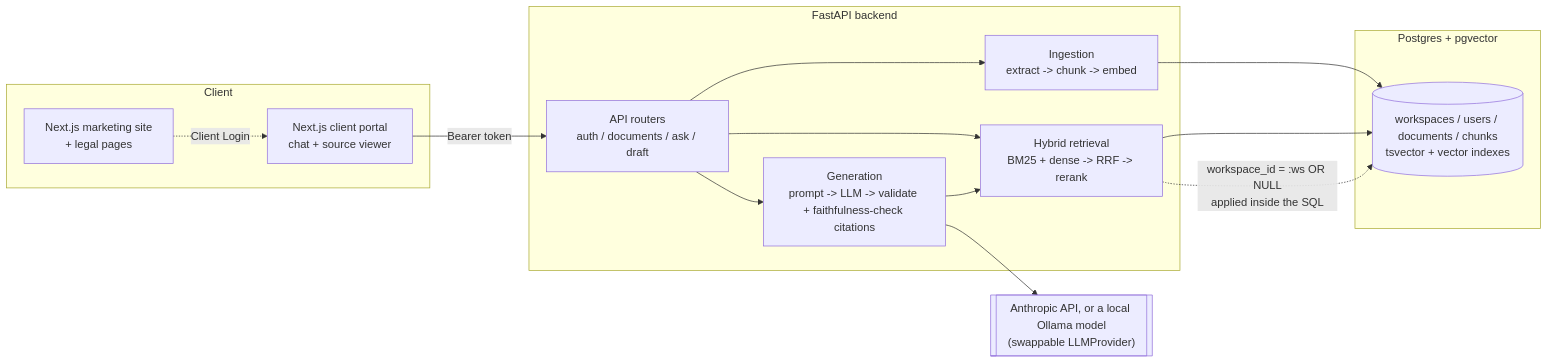
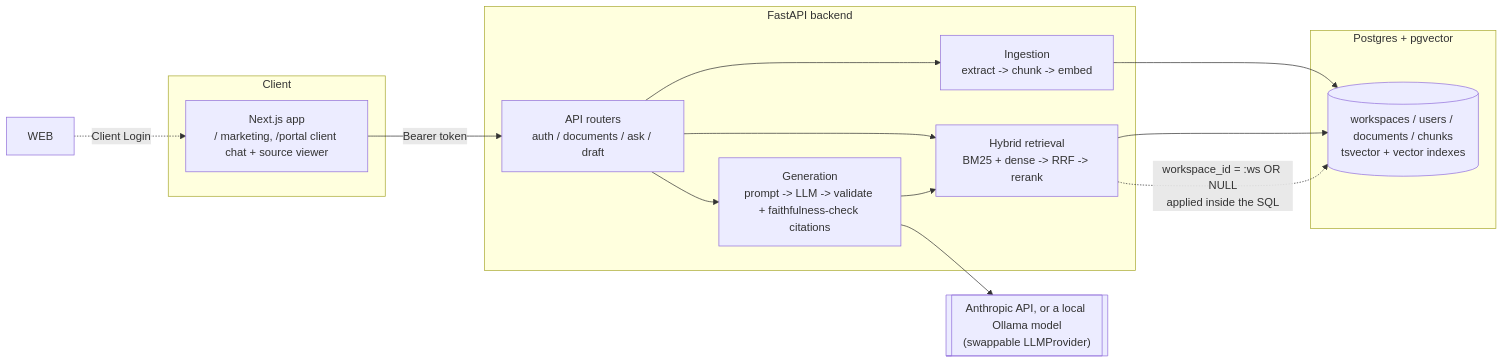
Before and after one commit to Jex2l/meridian-legal-intelligence: the diagram in README.md, drawn with Mermaid. The commit also changed other lines of this file and 45 other files, not shown here.

First line of the commit message:
Merge marketing site into the client portal as a single Vercel deployment

````diff
--- a/README.md
+++ b/README.md
@@ -60,29 +60,28 @@
 ```mermaid
 flowchart LR
     subgraph Client
-        UI["Next.js client portal\nchat + source viewer"]
-        WEB["Next.js marketing site\n+ legal pages"]
+        UI["Next.js app\n/ marketing, /portal client chat + source viewer"]
     end
 
     subgraph Backend [FastAPI backend]
         API["API routers\nauth / documents / ask / draft"]
         ING["Ingestion\nextract -> chunk -> embed"]
         RET["Hybrid retrieval\nBM25 + dense -> RRF -> rerank"]
         GEN["Generation\nprompt -> LLM -> validate + faithfulness-check citations"]
     end
 
     subgraph Data [Postgres + pgvector]
         PG[("workspaces / users / documents / chunks\ntsvector + vector indexes")]
     end
 
     LLM[["Anthropic API, or a local Ollama model\n(swappable LLMProvider)"]]
 
     UI -- "Bearer token" --> API
     WEB -. "Client Login" .-> UI
     API --> ING --> PG
     API --> RET --> PG
     API --> GEN
     GEN --> RET
     GEN --> LLM
     RET -. "workspace_id = :ws OR NULL\napplied inside the SQL" .-> PG
 ```
````
